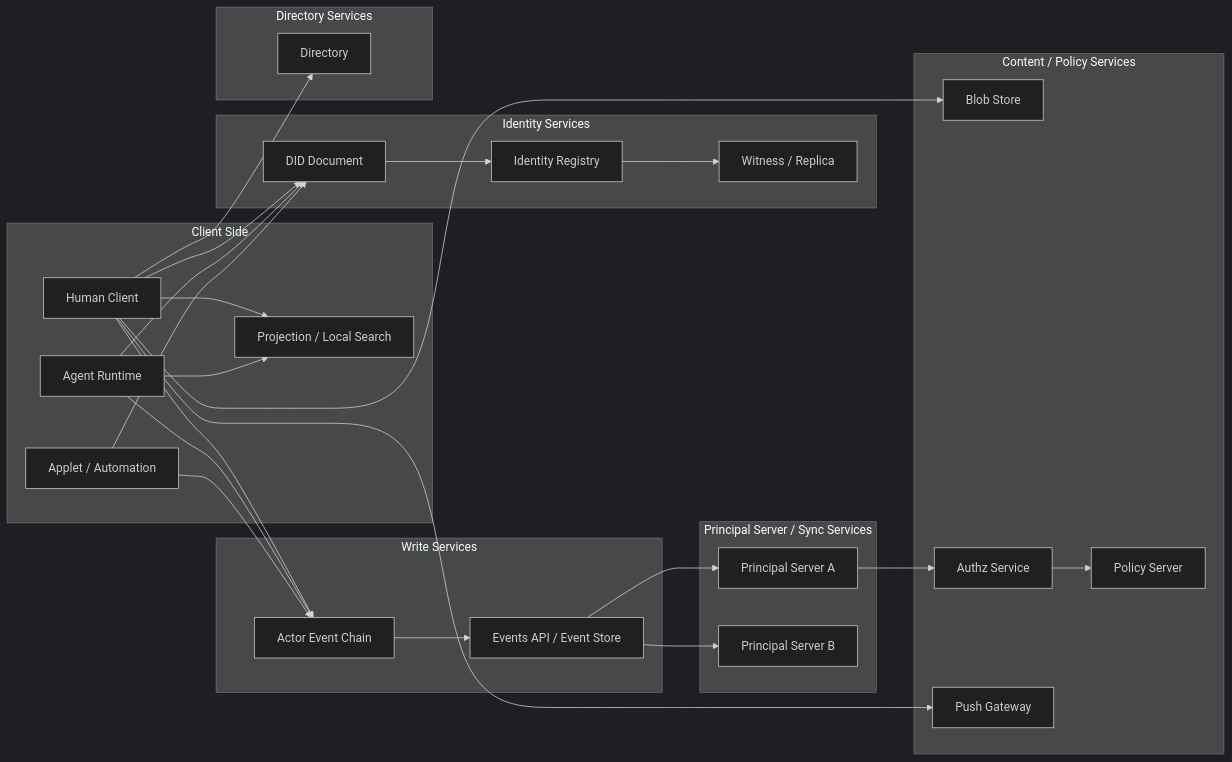
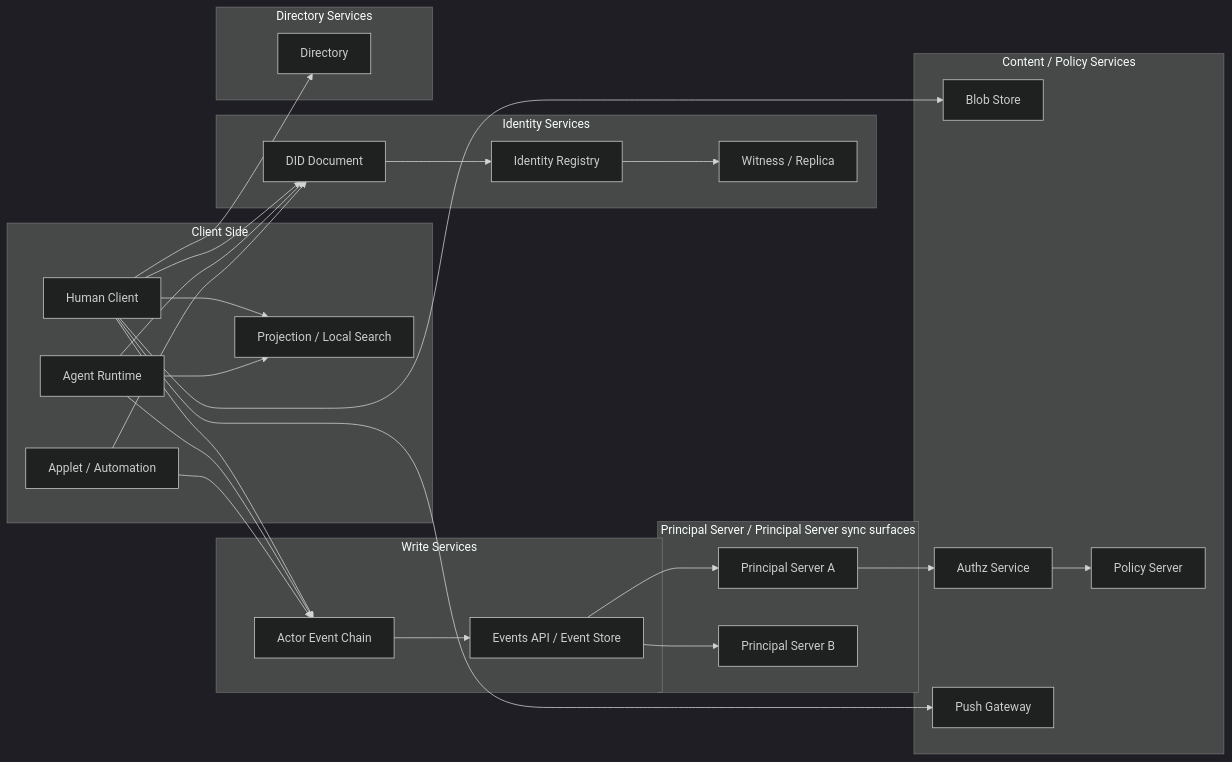
Before and after one commit to arkret-org/arkret-spec: the second of 2 diagrams in spec/v1/zh/overview/architecture.md, drawn with Mermaid (dark theme). The commit also changed other lines of this file and 178 other files, not shown here.

````diff
--- a/spec/v1/zh/overview/architecture.md
+++ b/spec/v1/zh/overview/architecture.md
@@ -321,58 +321,58 @@
 ```mermaid
 flowchart LR
     subgraph "Client Side"
         C1["Human Client"]
         C2["Agent Runtime"]
         C3["Applet / Automation"]
         CQ["Projection / Local Search"]
     end
 
     subgraph "Identity Services"
         DID["DID Document"]
         REG["Identity Registry"]
         WIT["Witness / Replica"]
     end
 
     subgraph "Write Services"
         EV["Actor Event Chain"]
         ER["Events API / Event Store"]
     end
 
-    subgraph "Principal Server / Sync Services"
+    subgraph "Principal Server / Principal Server sync surfaces"
         PS1["Principal Server A"]
         PS2["Principal Server B"]
     end
 
     subgraph "Directory Services"
         DIR["Directory"]
     end
 
     subgraph "Content / Policy Services"
         BLOB["Blob Store"]
         AUTHZ["Authz Service"]
         POL["Policy Server"]
         PUSH["Push Gateway"]
     end
 
     C1 --> DID
     C2 --> DID
     C3 --> DID
     DID --> REG
     REG --> WIT
 
     C1 --> EV
     C2 --> EV
     C3 --> EV
     EV --> ER
     ER --> PS1
     ER --> PS2
 
     C1 --> CQ
     C2 --> CQ
     C1 --> DIR
     C1 --> BLOB
 
     PS1 --> AUTHZ
     AUTHZ --> POL
     C1 --> PUSH
 ```
````
